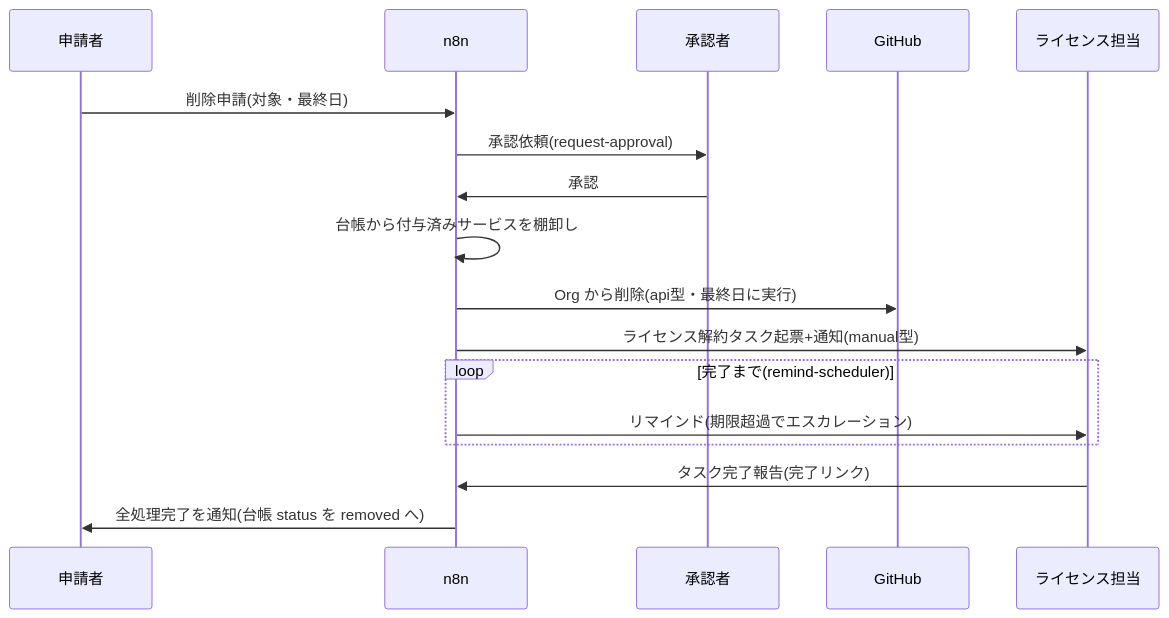
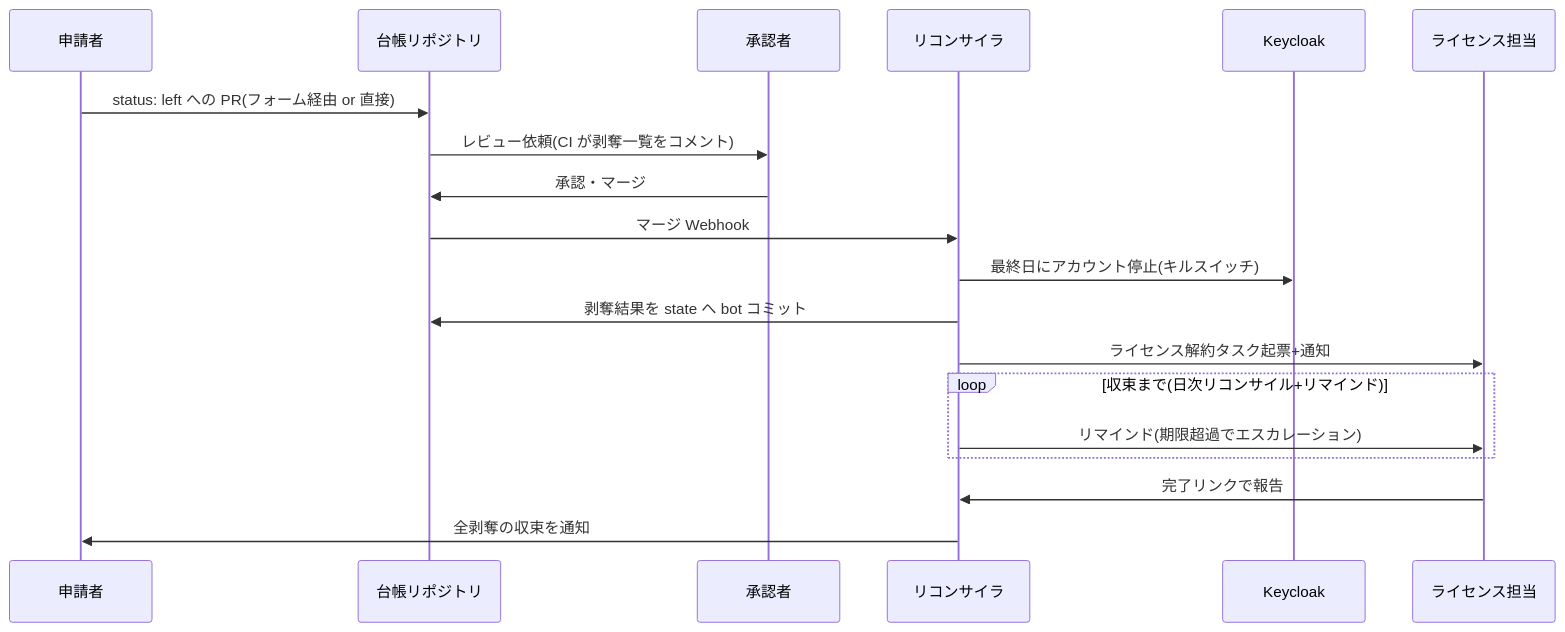
The second of 2 diagrams in docs/design/01-member-lifecycle.md (Koala-Heavy-Industries/n8n-test), drawn with Mermaid before and after one commit. The commit also changed other lines of this file and 6 other files, not shown here.

````diff
--- a/docs/design/01-member-lifecycle.md
+++ b/docs/design/01-member-lifecycle.md
@@ -91,19 +127,21 @@
 ```mermaid
 sequenceDiagram
     participant 申請者
-    participant n8n
+    participant Ledger as 台帳リポジトリ
     participant 承認者
-    participant GitHub
+    participant n8n as リコンサイラ
+    participant KC as Keycloak
     participant 担当者 as ライセンス担当
-    申請者->>n8n: 削除申請(対象・最終日)
-    n8n->>承認者: 承認依頼(request-approval)
-    承認者->>n8n: 承認
-    n8n->>n8n: 台帳から付与済みサービスを棚卸し
-    n8n->>GitHub: Org から削除(api型・最終日に実行)
-    n8n->>担当者: ライセンス解約タスク起票+通知(manual型)
-    loop 完了まで(remind-scheduler)
+    申請者->>Ledger: status: left への PR(フォーム経由 or 直接)
+    Ledger->>承認者: レビュー依頼(CI が剥奪一覧をコメント)
+    承認者->>Ledger: 承認・マージ
+    Ledger->>n8n: マージ Webhook
+    n8n->>KC: 最終日にアカウント停止(キルスイッチ)
+    n8n->>Ledger: 剥奪結果を state へ bot コミット
+    n8n->>担当者: ライセンス解約タスク起票+通知
+    loop 収束まで(日次リコンサイル+リマインド)
         n8n->>担当者: リマインド(期限超過でエスカレーション)
     end
-    担当者->>n8n: タスク完了報告(完了リンク)
-    n8n->>申請者: 全処理完了を通知(台帳 status を removed へ)
+    担当者->>n8n: 完了リンクで報告
+    n8n->>申請者: 全剥奪の収束を通知
 ```
````
